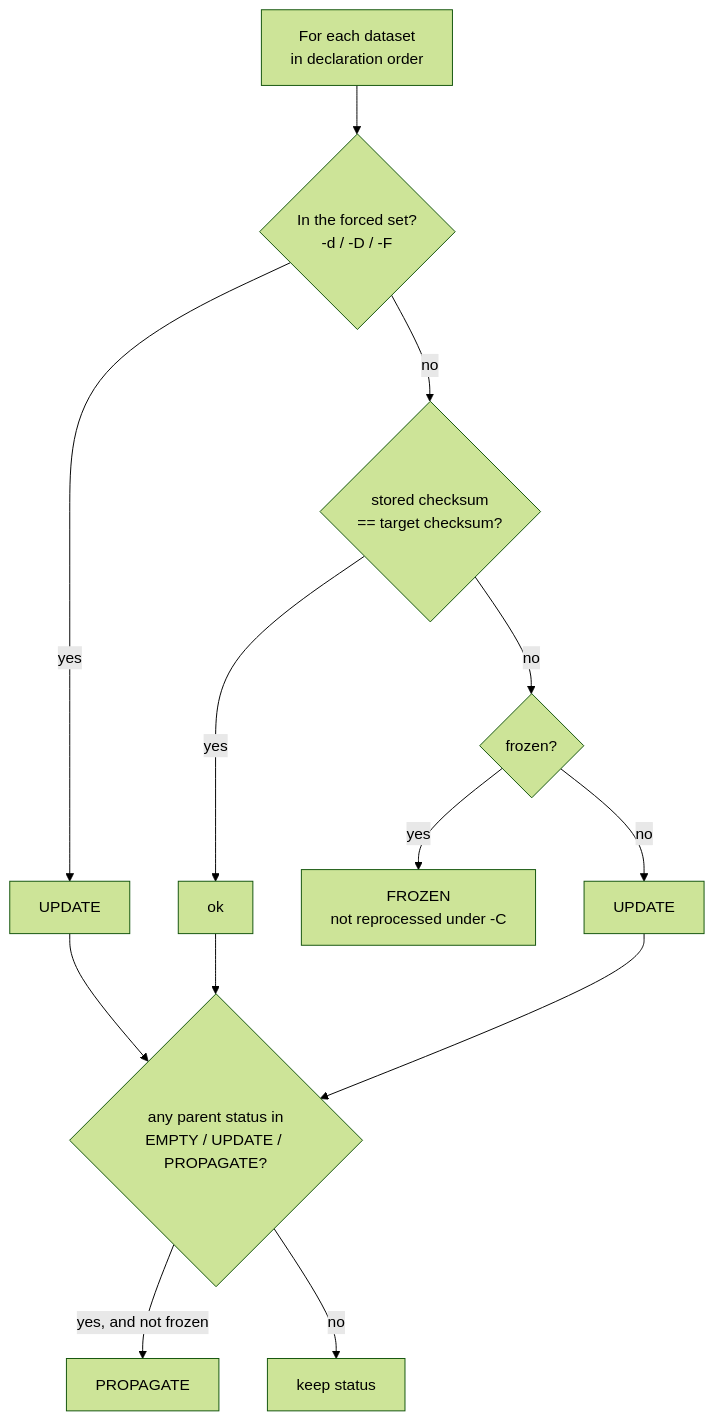
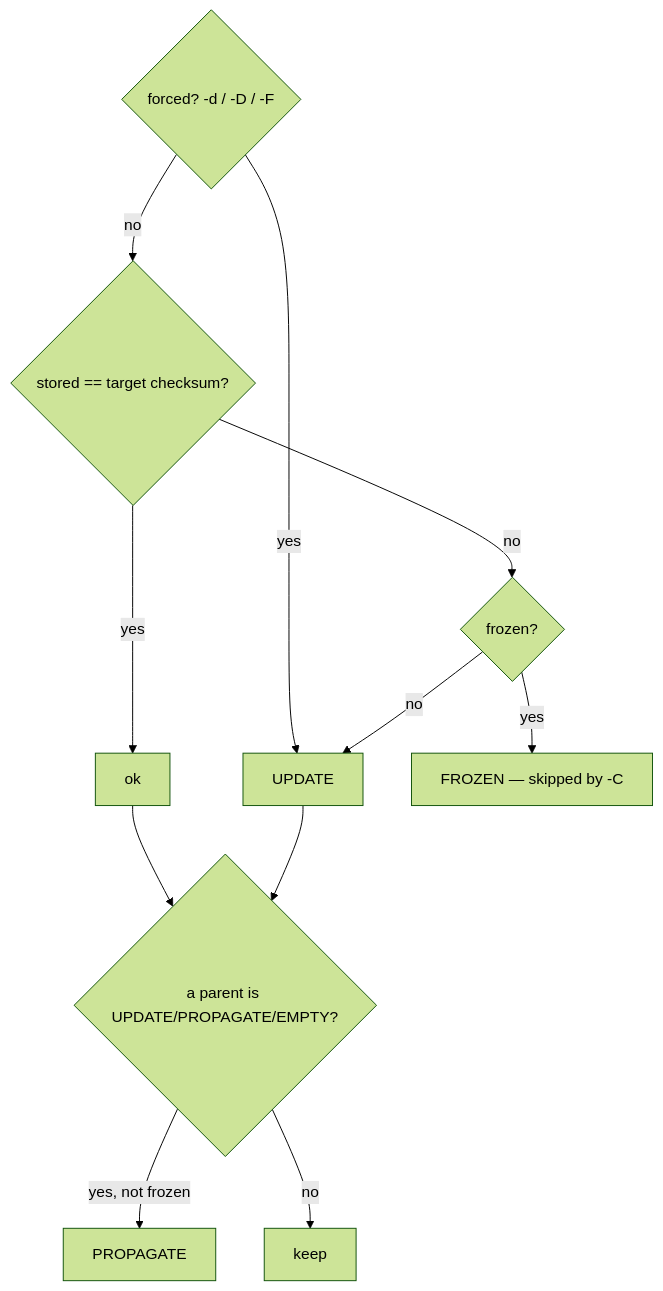
Before and after one commit to sib-swiss/kgsteward: the second of 2 diagrams in doc/execution_model.md, drawn with Mermaid (forest theme). The commit also changed other lines of this file, not shown here.

First line of the commit message:
doc: compact execution-model page (4 diagrams -> 2, tighten prose)

````diff
--- a/doc/execution_model.md
+++ b/doc/execution_model.md
@@ -124,15 +48,13 @@
 ```mermaid
 flowchart TD
-    S[For each dataset<br/>in declaration order] --> F{In the forced set?<br/>-d / -D / -F}
-    F -- yes --> U[UPDATE]
-    F -- no --> C{stored checksum<br/>== target checksum?}
+    F{forced? -d / -D / -F} -- yes --> U[UPDATE]
+    F -- no --> C{stored == target checksum?}
     C -- yes --> OK[ok]
     C -- no --> FR{frozen?}
-    FR -- yes --> FZ[FROZEN<br/>not reprocessed under -C]
-    FR -- no --> U2[UPDATE]
-    OK --> P{any parent status in<br/>EMPTY / UPDATE / PROPAGATE?}
+    FR -- yes --> FZ[FROZEN — skipped by -C]
+    FR -- no --> U
+    OK --> P{a parent is UPDATE/PROPAGATE/EMPTY?}
     U --> P
-    U2 --> P
-    P -- yes, and not frozen --> PR[PROPAGATE]
-    P -- no --> KEEP[keep status]
+    P -- yes, not frozen --> PR[PROPAGATE]
+    P -- no --> KEEP[keep]
 ```
````
